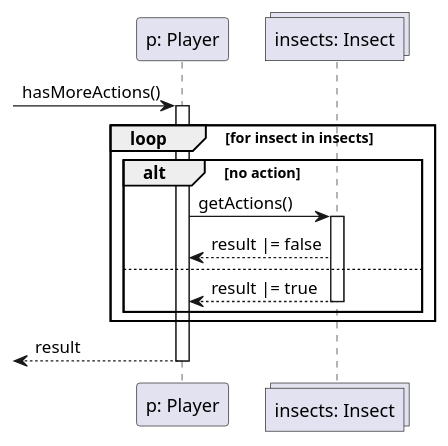
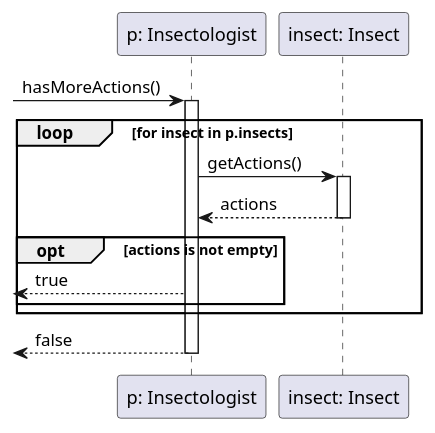
The diagram in diagrams/sequence/player/insectologist/hasMoreActions.puml (dzsem/projlab), drawn with PlantUML before and after one commit.

Commit message:
Patch insectologist.hasMoreActions()

```diff
--- a/diagrams/sequence/player/insectologist/hasMoreActions.puml
+++ b/diagrams/sequence/player/insectologist/hasMoreActions.puml
@@ -1,28 +1,25 @@
 @startuml hasMoreActionsInsectologist
 
-participant "p: Player" as p
-collections "insects: Insect" as ins
+participant "p: Insectologist" as p
+participant "insect: Insect" as i
 
 -> p : hasMoreActions()
 activate p
-    
-loop for insect in insects
-    alt no action
-        p -> ins : getActions()
-        activate ins
 
-        p <-- ins : result |= false
-    else 
-        p <-- ins : result |= true
-        deactivate ins
+loop for insect in p.insects
+    p -> i: getActions()
+    activate i
+
+    p <-- i: actions
+    deactivate i
+
+    opt actions is not empty
+        <-- p: true
     end
+
 end
 
-
-
-
-
-<-- p : result
+<-- p: false
 deactivate p
 
 @enduml
```
